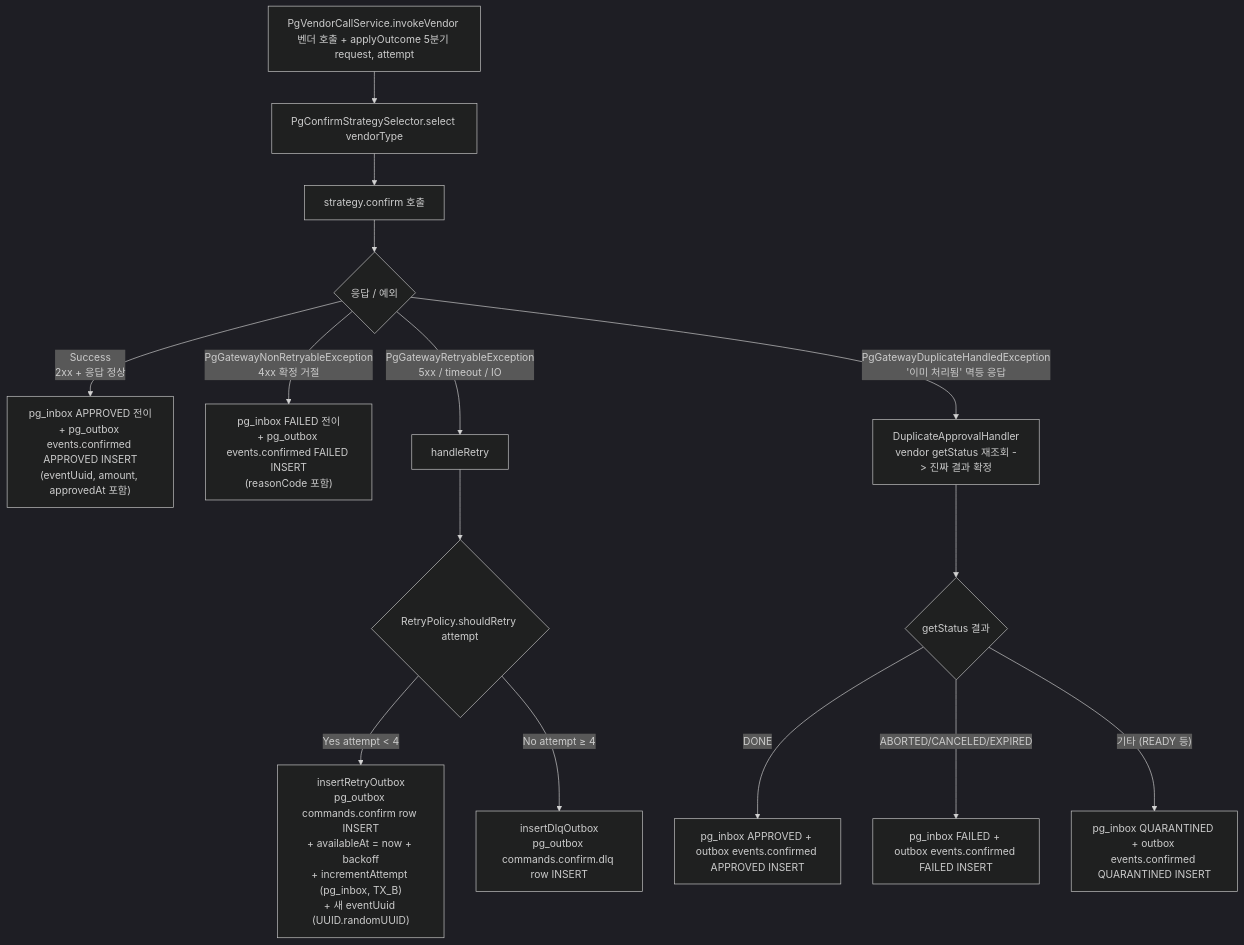
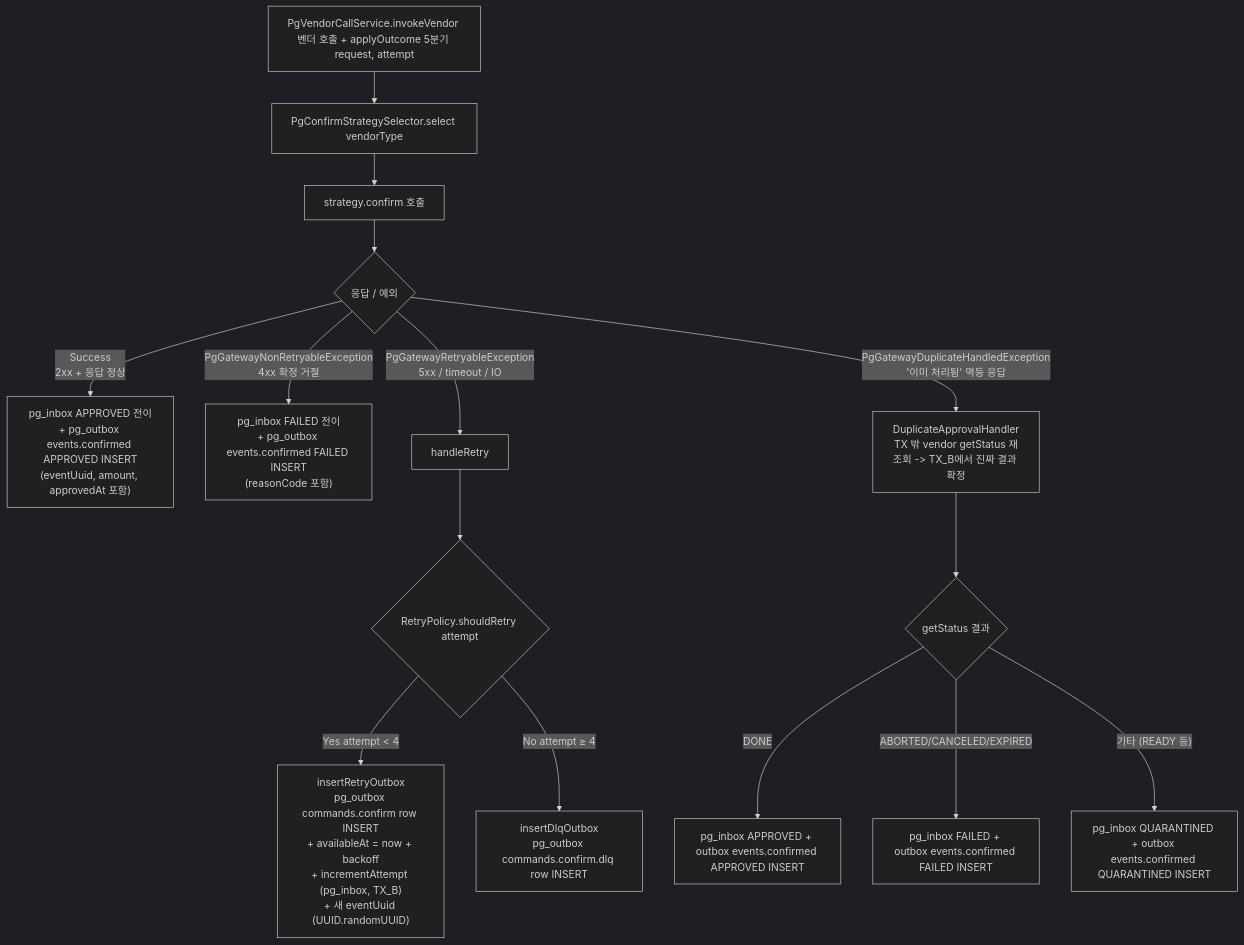
One commit to hyoguoo/payment-platform changed the eighth of 10 diagrams in docs/context/PAYMENT-FLOW.md. Above: the diagram before and after it, drawn with Mermaid (dark theme). The commit also changed other lines of this file and 18 other files, not shown here.

````diff
--- a/docs/context/PAYMENT-FLOW.md
+++ b/docs/context/PAYMENT-FLOW.md
@@ -283,24 +283,24 @@
 ```mermaid
 flowchart TD
     CALL["PgVendorCallService.invokeVendor 벤더 호출 + applyOutcome 5분기 request, attempt"] --> SEL["PgConfirmStrategySelector.select vendorType"]
     SEL --> HTTP["strategy.confirm 호출"]
 
     HTTP --> RES{"응답 / 예외"}
 
     RES -->|"Success<br/>2xx + 응답 정상"| SUCCESS["pg_inbox APPROVED 전이<br/>+ pg_outbox events.confirmed APPROVED INSERT<br/>(eventUuid, amount, approvedAt 포함)"]
 
     RES -->|"PgGatewayNonRetryableException<br/>4xx 확정 거절"| FAIL["pg_inbox FAILED 전이<br/>+ pg_outbox events.confirmed FAILED INSERT<br/>(reasonCode 포함)"]
 
     RES -->|"PgGatewayRetryableException<br/>5xx / timeout / IO"| RETRY["handleRetry"]
 
-    RES -->|"PgGatewayDuplicateHandledException<br/>'이미 처리됨' 멱등 응답"| DUP["DuplicateApprovalHandler<br/>vendor getStatus 재조회 -> 진짜 결과 확정"]
+    RES -->|"PgGatewayDuplicateHandledException<br/>'이미 처리됨' 멱등 응답"| DUP["DuplicateApprovalHandler<br/>TX 밖 vendor getStatus 재조회 -> TX_B에서 진짜 결과 확정"]
 
     RETRY --> RC{"RetryPolicy.shouldRetry attempt"}
     RC -->|"Yes attempt &lt; 4"| RETRY_OUT["insertRetryOutbox<br/>pg_outbox commands.confirm row INSERT<br/>+ availableAt = now + backoff<br/>+ incrementAttempt (pg_inbox, TX_B)<br/>+ 새 eventUuid (UUID.randomUUID)"]
     RC -->|"No attempt ≥ 4"| DLQ_OUT["insertDlqOutbox<br/>pg_outbox commands.confirm.dlq row INSERT"]
 
     DUP --> DUP_RESULT{"getStatus 결과"}
     DUP_RESULT -->|"DONE"| DUP_OK["pg_inbox APPROVED + outbox events.confirmed APPROVED INSERT"]
     DUP_RESULT -->|"ABORTED/CANCELED/EXPIRED"| DUP_FAIL["pg_inbox FAILED + outbox events.confirmed FAILED INSERT"]
     DUP_RESULT -->|"기타 (READY 등)"| DUP_QUAR["pg_inbox QUARANTINED + outbox events.confirmed QUARANTINED INSERT"]
 ```
````
